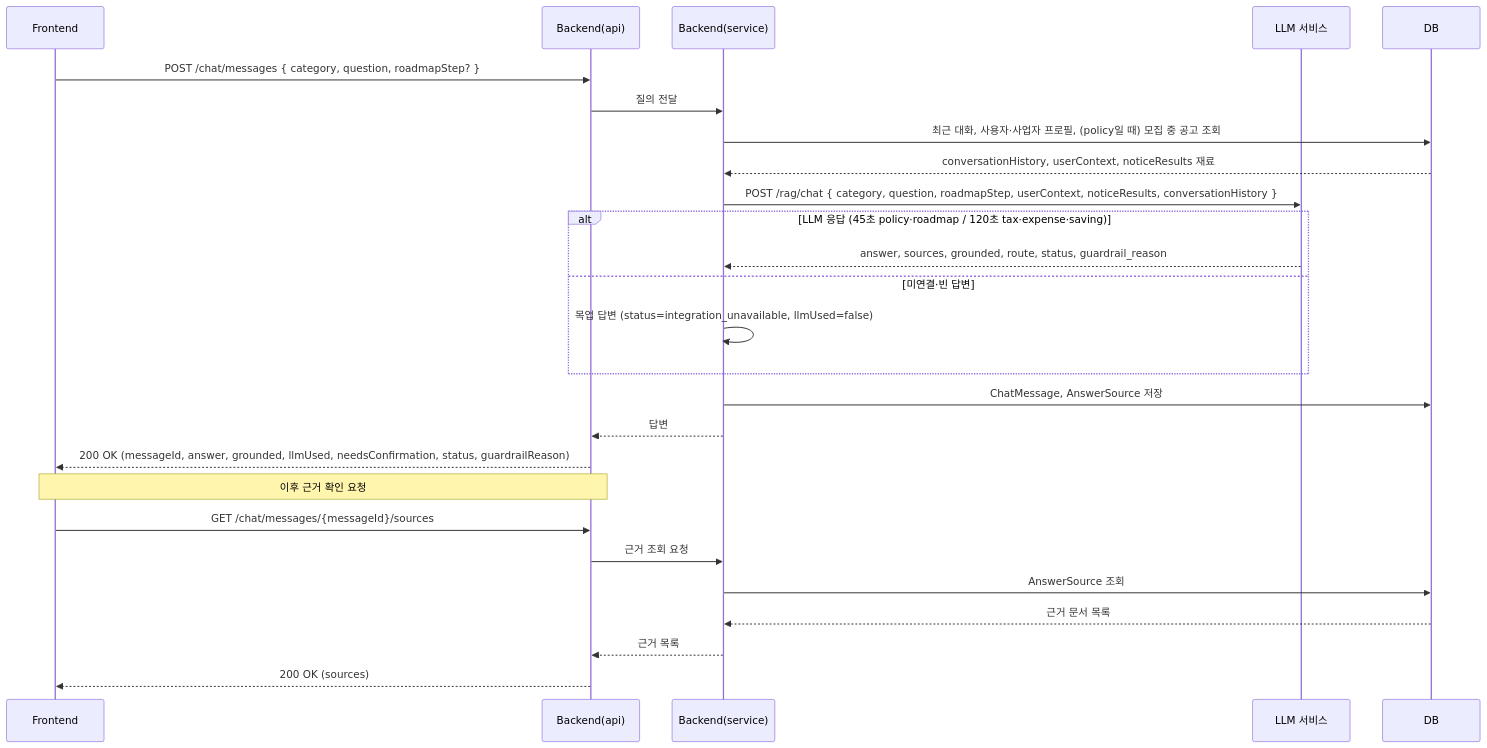
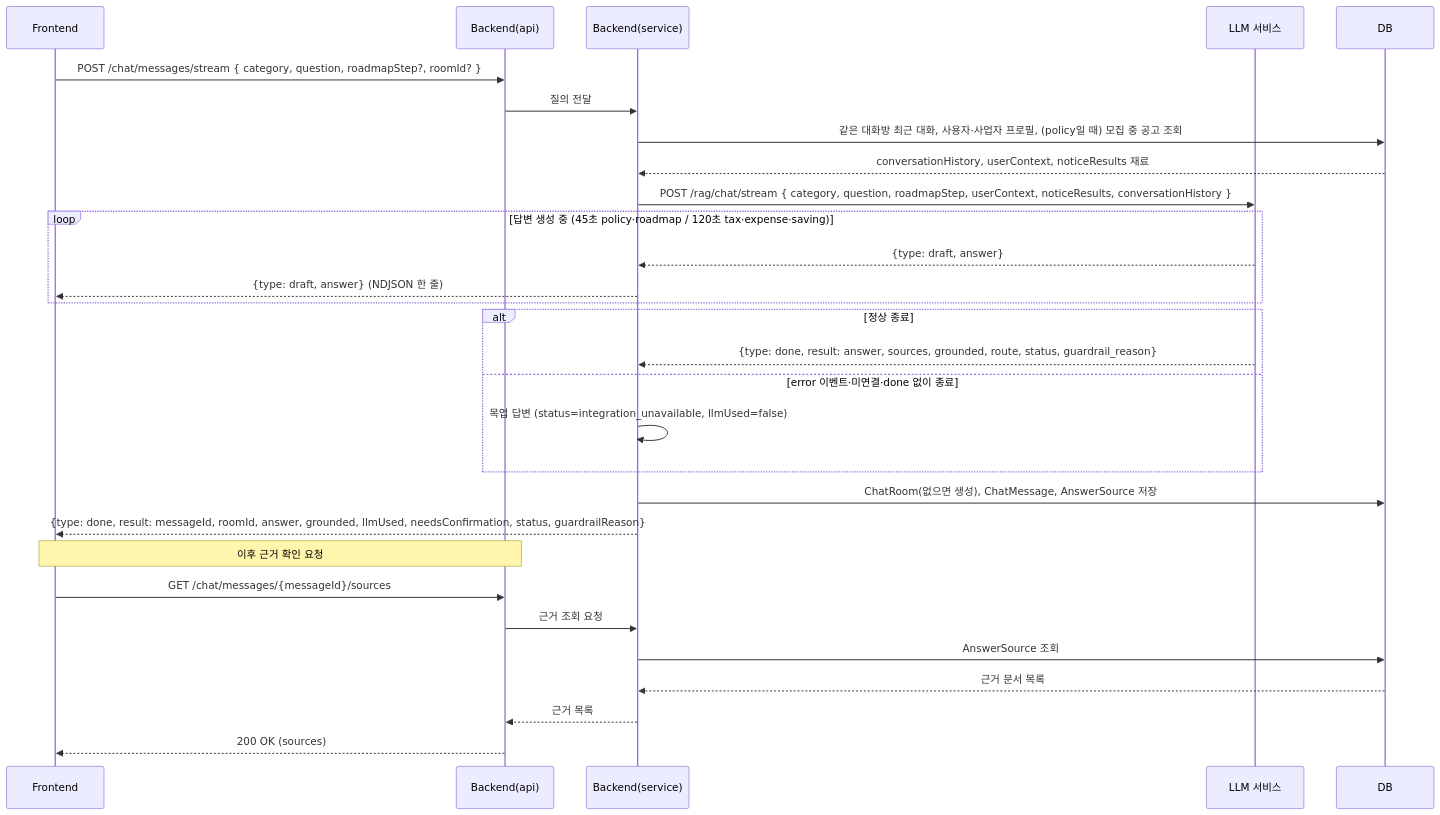
Before and after one commit to SKNETWORKS-FAMILY-AICAMP/SKN34-4th-3Team: the second of 5 diagrams in Docs/Design/SEQUENCE.md, drawn with Mermaid. The commit also changed other lines of this file and 38 other files, not shown here.

````diff
--- a/Docs/Design/SEQUENCE.md
+++ b/Docs/Design/SEQUENCE.md
@@ -39,30 +39,33 @@
 ```mermaid
 sequenceDiagram
     participant FE as Frontend
     participant API as Backend(api)
     participant SVC as Backend(service)
     participant LLM as LLM 서비스
     participant DB as DB
 
-    FE->>API: POST /chat/messages { category, question, roadmapStep? }
+    FE->>API: POST /chat/messages/stream { category, question, roadmapStep?, roomId? }
     API->>SVC: 질의 전달
-    SVC->>DB: 최근 대화, 사용자·사업자 프로필, (policy일 때) 모집 중 공고 조회
+    SVC->>DB: 같은 대화방 최근 대화, 사용자·사업자 프로필, (policy일 때) 모집 중 공고 조회
     DB-->>SVC: conversationHistory, userContext, noticeResults 재료
-    SVC->>LLM: POST /rag/chat { category, question, roadmapStep, userContext, noticeResults, conversationHistory }
-    alt LLM 응답 (45초 policy·roadmap / 120초 tax·expense·saving)
-        LLM-->>SVC: answer, sources, grounded, route, status, guardrail_reason
-    else 미연결·빈 답변
+    SVC->>LLM: POST /rag/chat/stream { category, question, roadmapStep, userContext, noticeResults, conversationHistory }
+    loop 답변 생성 중 (45초 policy·roadmap / 120초 tax·expense·saving)
+        LLM-->>SVC: {type: draft, answer}
+        SVC-->>FE: {type: draft, answer} (NDJSON 한 줄)
+    end
+    alt 정상 종료
+        LLM-->>SVC: {type: done, result: answer, sources, grounded, route, status, guardrail_reason}
+    else error 이벤트·미연결·done 없이 종료
         SVC->>SVC: 목업 답변 (status=integration_unavailable, llmUsed=false)
     end
-    SVC->>DB: ChatMessage, AnswerSource 저장
-    SVC-->>API: 답변
-    API-->>FE: 200 OK (messageId, answer, grounded, llmUsed, needsConfirmation, status, guardrailReason)
+    SVC->>DB: ChatRoom(없으면 생성), ChatMessage, AnswerSource 저장
+    SVC-->>FE: {type: done, result: messageId, roomId, answer, grounded, llmUsed, needsConfirmation, status, guardrailReason}
 
     Note over FE,API: 이후 근거 확인 요청
     FE->>API: GET /chat/messages/{messageId}/sources
     API->>SVC: 근거 조회 요청
     SVC->>DB: AnswerSource 조회
     DB-->>SVC: 근거 문서 목록
     SVC-->>API: 근거 목록
     API-->>FE: 200 OK (sources)
 ```
````
